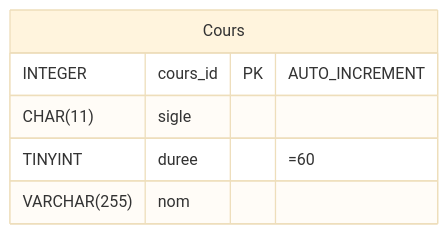
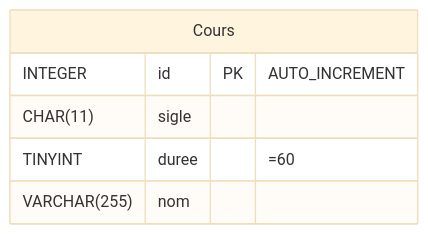
One commit to TousignantSimon-BD1/TousignantSimon-BD1.github.io changed the eighth of 8 diagrams in docs/notes_de_cours/section_1.4.md. Above: the diagram before and after it, drawn with Mermaid (base theme). The commit also changed other lines of this file and 1 other file, not shown here.

Commit message:
Utilisation de la syntaxe mermaid au lieu de définir les tables manuellement

````diff
--- a/docs/notes_de_cours/section_1.4.md
+++ b/docs/notes_de_cours/section_1.4.md
@@ -288,9 +279,9 @@
 ``` mermaid
 erDiagram 
     q[Cours] {
-        INTEGER cours_id PK "AUTO_INCREMENT"
+        INTEGER id PK "AUTO_INCREMENT"
         CHAR(11) sigle
         TINYINT duree "=60"
         VARCHAR(255) nom
     }
 ```
````
